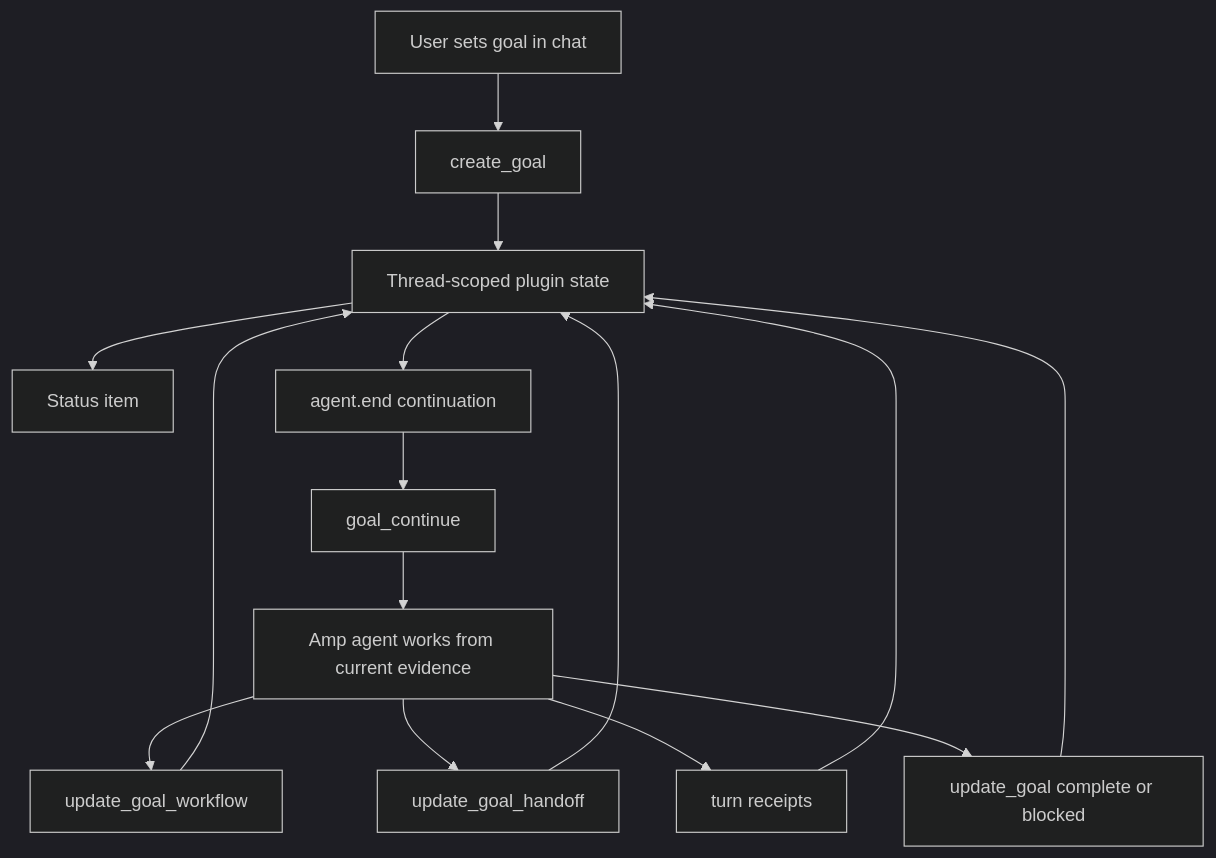
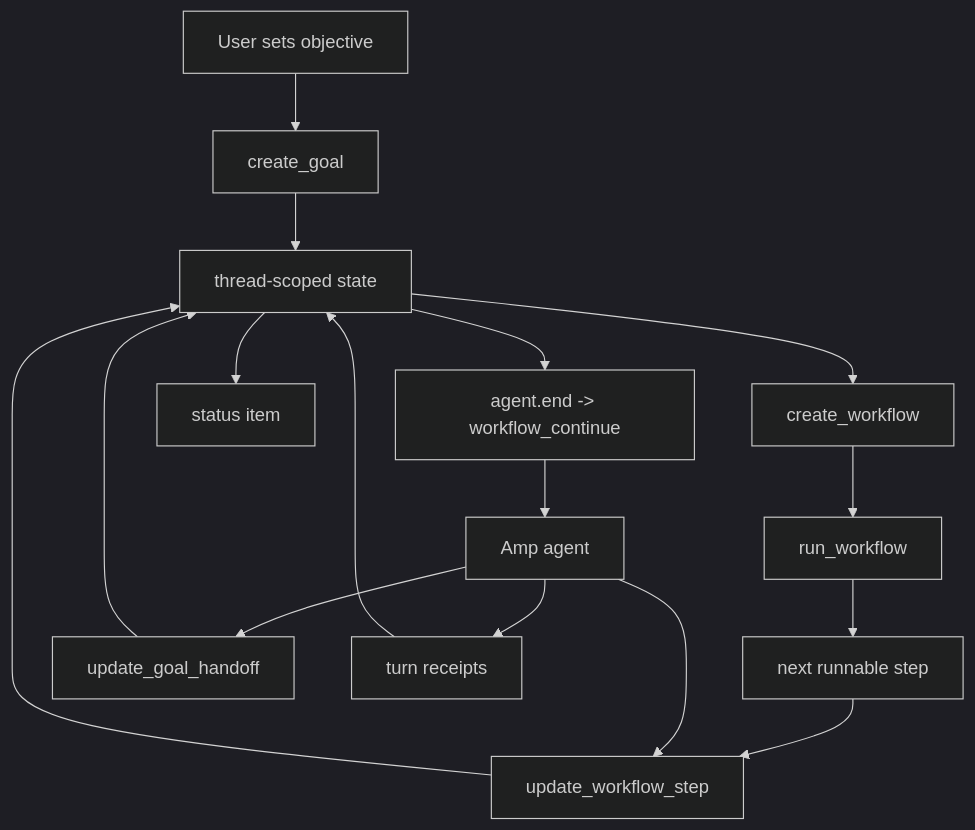
Before and after one commit to lleewwiiss/amp-goal-plugin: the diagram in README.md, drawn with Mermaid (dark theme). The commit also changed other lines of this file and 1 other file, not shown here.

Commit message:
Add dependency-aware workflow runner

````diff
--- a/README.md
+++ b/README.md
@@ -18,17 +9,18 @@
 ```mermaid
 flowchart TD
-  User["User sets goal in chat"] --> Tool["create_goal"]
-  Tool --> State["Thread-scoped plugin state"]
-  State --> Status["Status item"]
-  State --> Continue["agent.end continuation"]
-  Continue --> Hydrate["goal_continue"]
-  Hydrate --> Agent["Amp agent works from current evidence"]
-  Agent --> Workflow["update_goal_workflow"]
+  User["User sets objective"] --> Goal["create_goal"]
+  Goal --> State["thread-scoped state"]
+  State --> Workflow["create_workflow"]
+  Workflow --> Run["run_workflow"]
+  Run --> Step["next runnable step"]
+  Step --> Update["update_workflow_step"]
+  Update --> State
+  State --> Continue["agent.end -> workflow_continue"]
+  Continue --> Agent["Amp agent"]
+  Agent --> Update
   Agent --> Handoff["update_goal_handoff"]
-  Agent --> Receipt["turn receipts"]
-  Workflow --> State
+  Agent --> Receipts["turn receipts"]
   Handoff --> State
-  Receipt --> State
-  Agent --> Done["update_goal complete or blocked"]
-  Done --> State
+  Receipts --> State
+  State --> Status["status item"]
 ```
````
